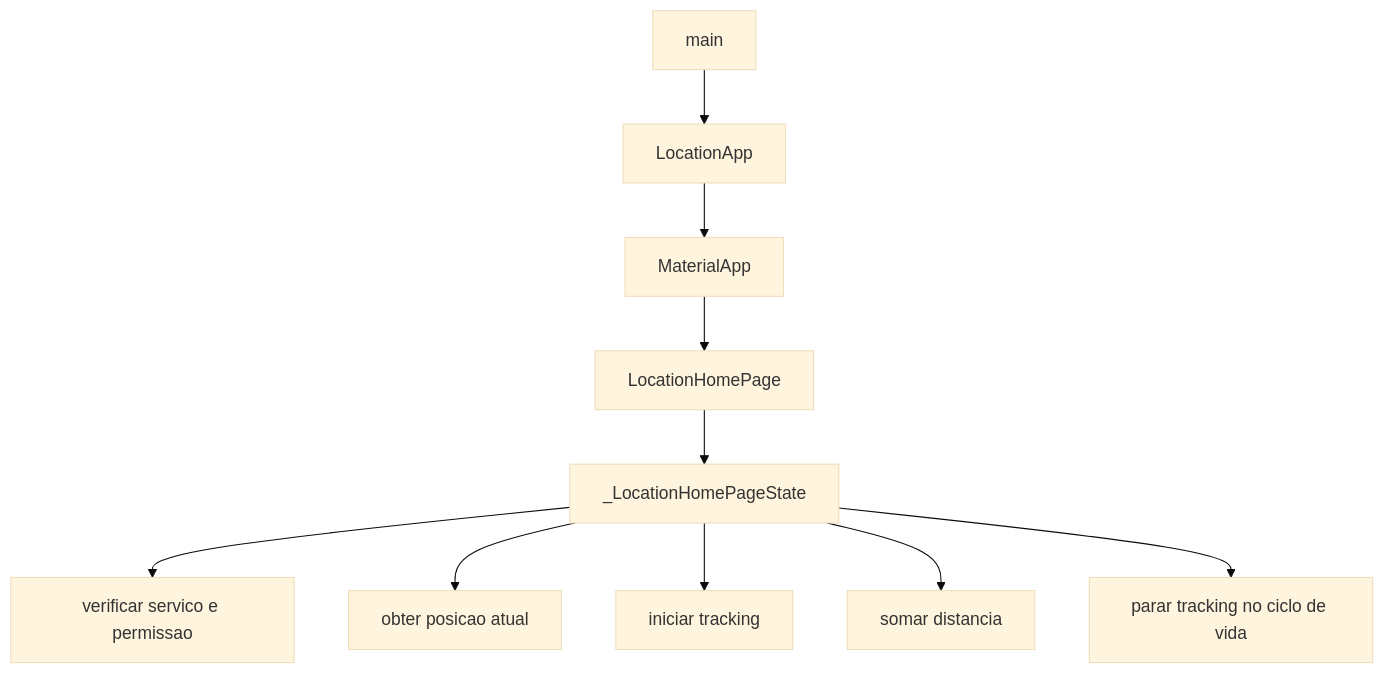
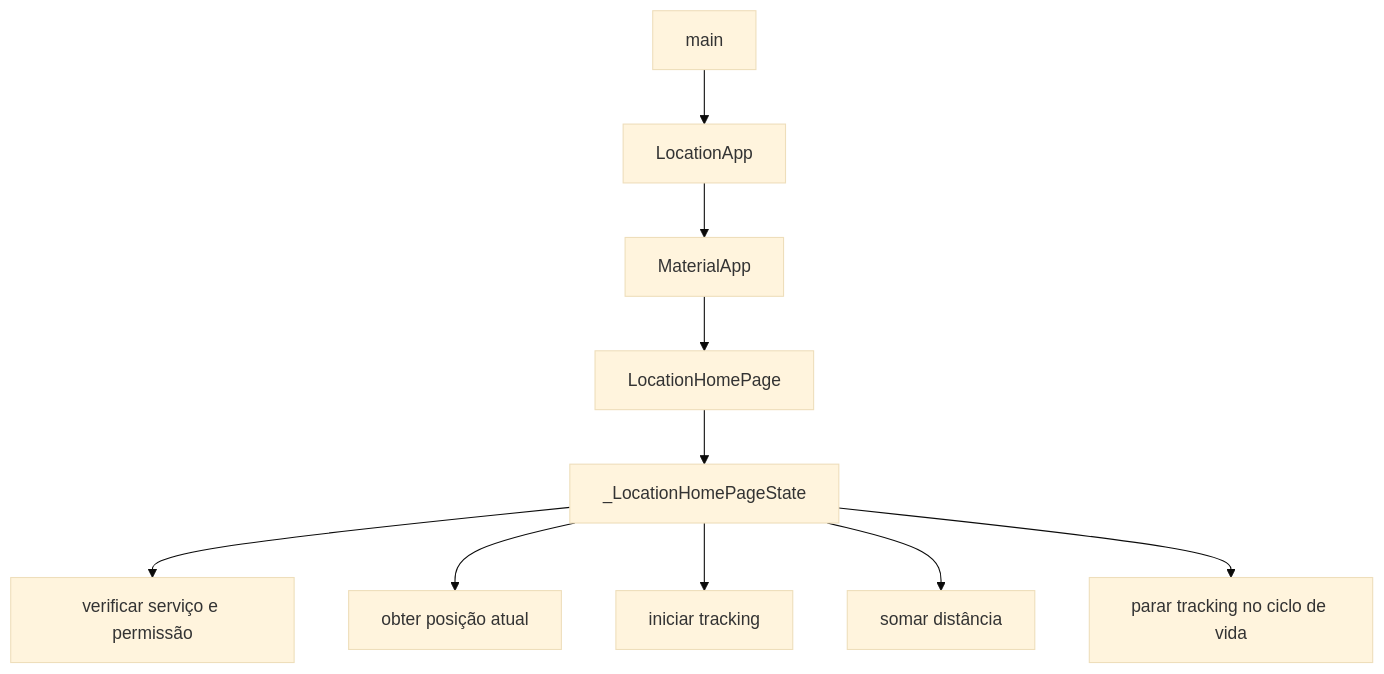
The eighth of 13 diagrams in courses/2026-1-DS-Prog-Aplicativos-Mobile-II-Novotec-Noturno/aulas/aula-12.md (prof-gustavo-villalta/self), drawn with Mermaid (base theme) before and after one commit. The commit also changed other lines of this file and 6 other files, not shown here.

````diff
--- a/courses/2026-1-DS-Prog-Aplicativos-Mobile-II-Novotec-Noturno/aulas/aula-12.md
+++ b/courses/2026-1-DS-Prog-Aplicativos-Mobile-II-Novotec-Noturno/aulas/aula-12.md
@@ -341,12 +341,12 @@
 ```mermaid
 flowchart TD
     A[main] --> B[LocationApp]
     B --> C[MaterialApp]
     C --> D[LocationHomePage]
     D --> E[_LocationHomePageState]
-    E --> F[verificar servico e permissao]
-    E --> G[obter posicao atual]
+    E --> F[verificar serviço e permissão]
+    E --> G[obter posição atual]
     E --> H[iniciar tracking]
-    E --> I[somar distancia]
+    E --> I[somar distância]
     E --> J[parar tracking no ciclo de vida]
 ```
````
